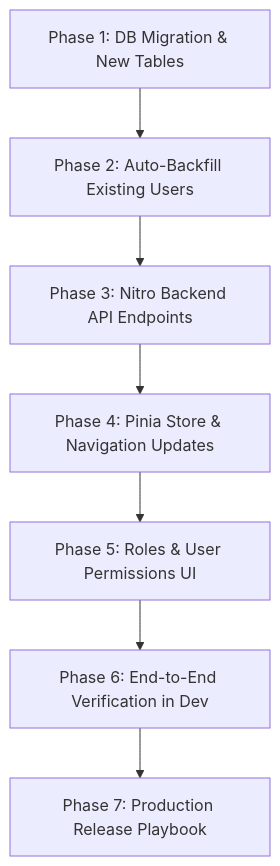
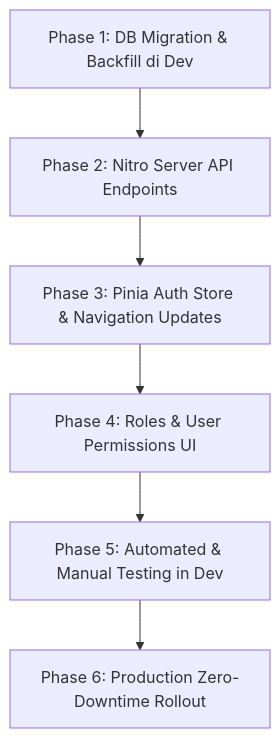
Before and after one commit to MarcYovian/pos-omk: the second of 2 diagrams in docs/plans/proposed/RBAC_PERMISSIONS_PLAN.md, drawn with Mermaid. The commit also changed other lines of this file, not shown here.

````diff
--- a/docs/plans/proposed/RBAC_PERMISSIONS_PLAN.md
+++ b/docs/plans/proposed/RBAC_PERMISSIONS_PLAN.md
@@ -274,9 +362,8 @@
 ```mermaid
 graph TD
-    A[Phase 1: DB Migration & New Tables] --> B[Phase 2: Auto-Backfill Existing Users]
-    B --> C[Phase 3: Nitro Backend API Endpoints]
-    C --> D[Phase 4: Pinia Store & Navigation Updates]
-    D --> E[Phase 5: Roles & User Permissions UI]
-    E --> F[Phase 6: End-to-End Verification in Dev]
-    F --> G[Phase 7: Production Release Playbook]
+    A[Phase 1: DB Migration & Backfill di Dev] --> B[Phase 2: Nitro Server API Endpoints]
+    B --> C[Phase 3: Pinia Auth Store & Navigation Updates]
+    C --> D[Phase 4: Roles & User Permissions UI]
+    D --> E[Phase 5: Automated & Manual Testing in Dev]
+    E --> F[Phase 6: Production Zero-Downtime Rollout]
 ```
````
